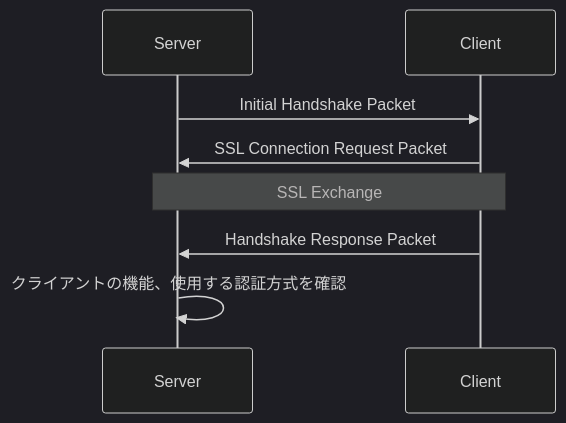
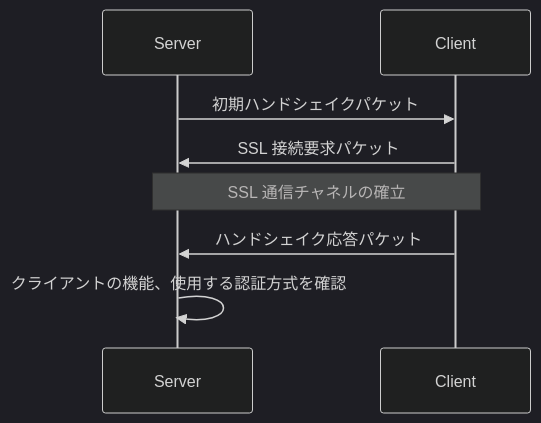
The fourth of 6 diagrams in docs/architecture/server/protocol/life-cycle.md (ren-yamanashi/minesql), drawn with Mermaid (dark theme) before and after one commit. The commit also changed other lines of this file and 1 other file, not shown here.

````diff
--- a/docs/architecture/server/protocol/life-cycle.md
+++ b/docs/architecture/server/protocol/life-cycle.md
@@ -89,10 +89,10 @@
 ```mermaid
 sequenceDiagram
 
-Server->>Client: Initial Handshake Packet
-Client->>Server: SSL Connection Request Packet
-Note over Client,Server: SSL Exchange
-Client->>Server: Handshake Response Packet
+Server->>Client: 初期ハンドシェイクパケット
+Client->>Server: SSL 接続要求パケット
+Note over Client,Server: SSL 通信チャネルの確立
+Client->>Server: ハンドシェイク応答パケット
 Server->>Server: クライアントの機能、使用する認証方式を確認
 
 ```
````
